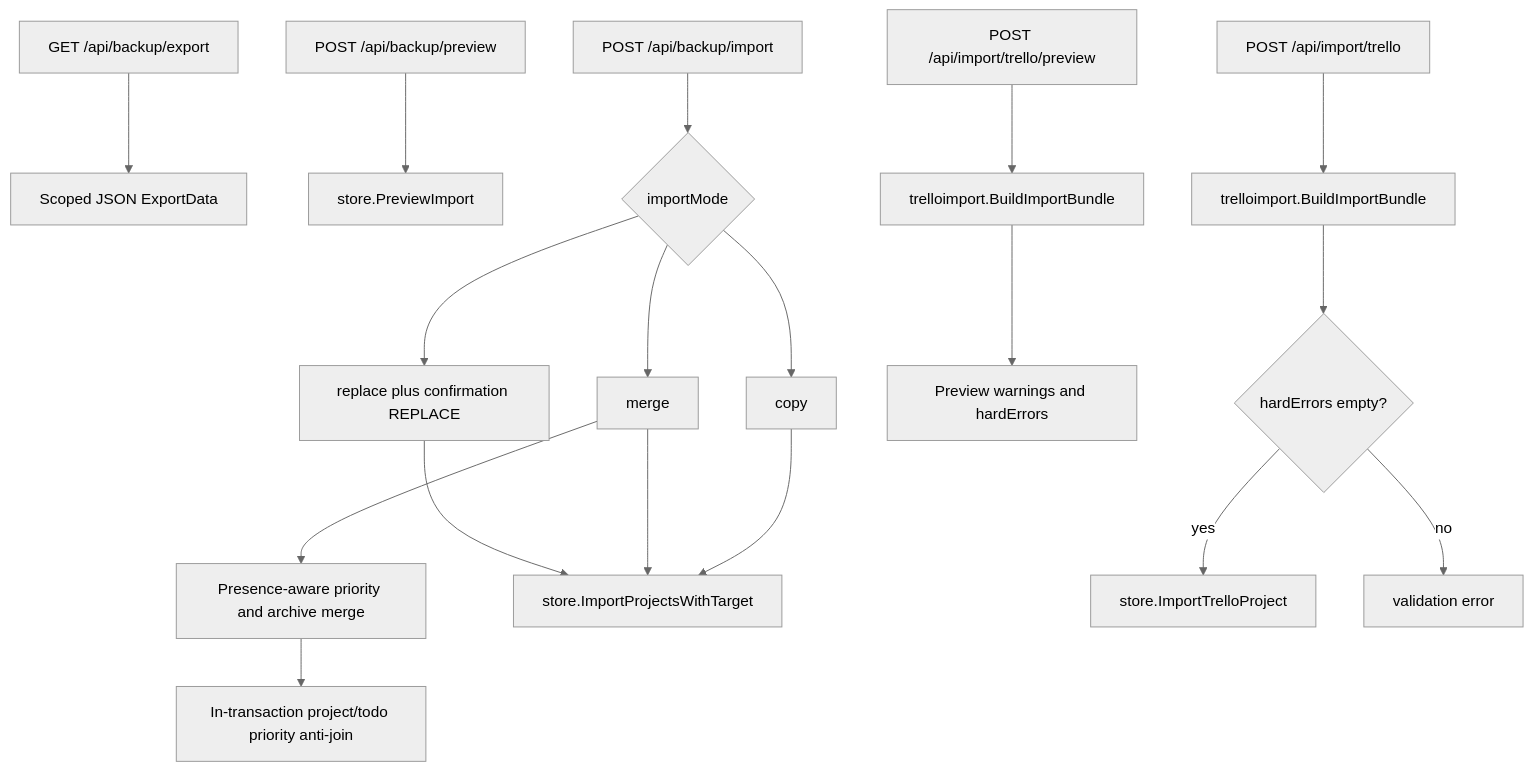
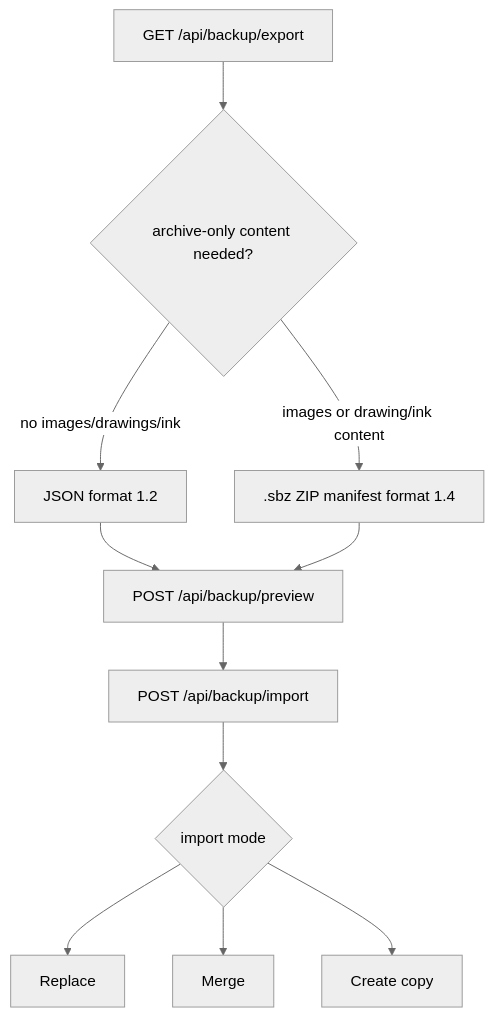
The first of 4 diagrams in docs/diagrams/scrumboy_backup_import.md (markrai/scrumboy), drawn with Mermaid (neutral theme) before and after one commit. The commit also changed other lines of this file and 189 other files, not shown here.

````diff
--- a/docs/diagrams/scrumboy_backup_import.md
+++ b/docs/diagrams/scrumboy_backup_import.md
@@ -5,27 +10,23 @@
 ```mermaid
 flowchart TB
   Export["GET /api/backup/export"]
-  PreviewN["POST /api/backup/preview"]
-  ImportN["POST /api/backup/import"]
-  PreviewT["POST /api/import/trello/preview"]
-  ImportT["POST /api/import/trello"]
+  Shape{archive-only content needed?}
+  JSON["JSON format 1.2"]
+  SBZ[".sbz ZIP manifest format 1.4"]
+  Preview["POST /api/backup/preview"]
+  Import["POST /api/backup/import"]
+  Mode{import mode}
+  Replace[Replace]
+  Merge[Merge]
+  Copy[Create copy]
 
-  Export --> JSON[Scoped JSON ExportData]
-  PreviewN --> PrevStore["store.PreviewImport"]
-  ImportN --> Mode{importMode}
-  Mode --> Replace[replace plus confirmation REPLACE]
-  Mode --> Merge[merge]
-  Mode --> Copy[copy]
-  Merge --> Presence["Presence-aware priority and archive merge"]
-  Presence --> Invariant["In-transaction project/todo priority anti-join"]
-  Replace --> Native["store.ImportProjectsWithTarget"]
-  Merge --> Native
-  Copy --> Native
-
-  PreviewT --> Bundle["trelloimport.BuildImportBundle"]
-  Bundle --> TPrev[Preview warnings and hardErrors]
-  ImportT --> Bundle2["trelloimport.BuildImportBundle"]
-  Bundle2 --> Gate{hardErrors empty?}
-  Gate -->|yes| TrelloStore["store.ImportTrelloProject"]
-  Gate -->|no| Reject[validation error]
+  Export --> Shape
+  Shape -->|no images/drawings/ink| JSON
+  Shape -->|images or drawing/ink content| SBZ
+  JSON --> Preview
+  SBZ --> Preview
+  Preview --> Import --> Mode
+  Mode --> Replace
+  Mode --> Merge
+  Mode --> Copy
 ```
````
